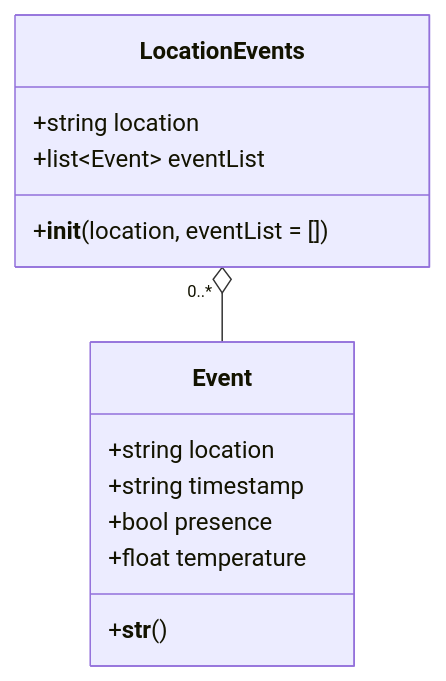
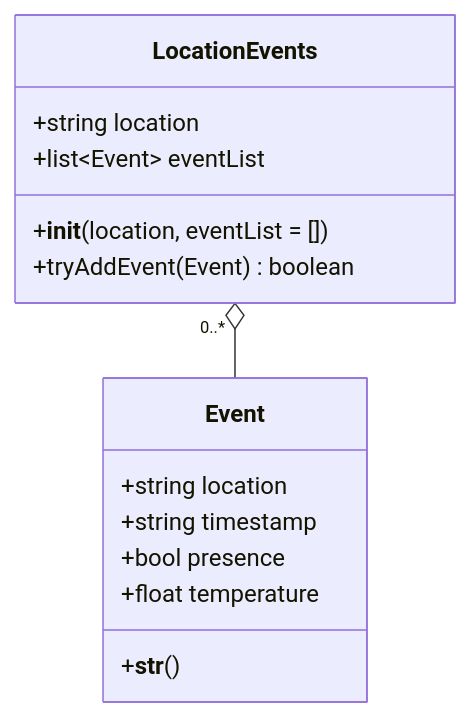
The first of 2 diagrams in README.md (20074694TAFE/ME-IOT-POR-Task-2), drawn with Mermaid before and after one commit. The commit also changed other lines of this file and 3 other files, not shown here.

Commit message:
sequence diagram

````diff
--- a/README.md
+++ b/README.md
@@ -1,14 +1,15 @@
 ```mermaid
 classDiagram
     class Event
     Event : +string location
     Event : +string timestamp
     Event : +bool presence
     Event : +float temperature
     Event : +__str__()
     class LocationEvents
     LocationEvents : +string location
     LocationEvents : +list~Event~ eventList
     LocationEvents : +__init__(location, eventList = [])
     LocationEvents "0..*" o-- Event
+    LocationEvents : +tryAddEvent(Event) boolean
 ```
````
